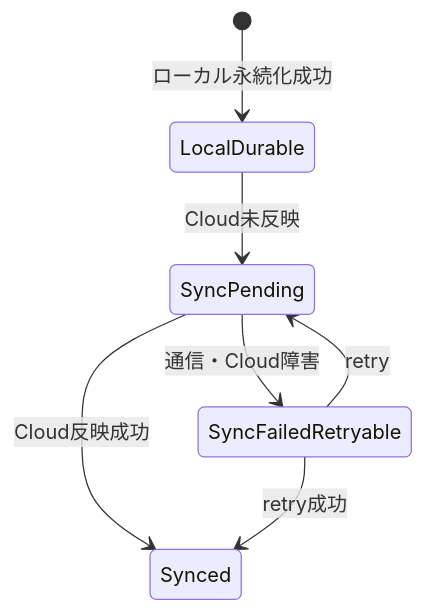
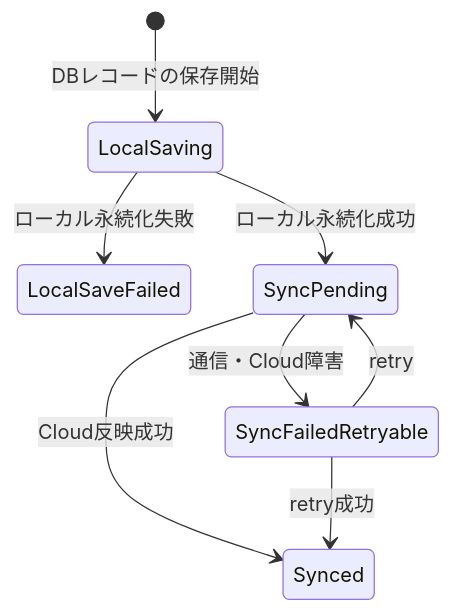
Before and after one commit to mgmaru/algo-loom: the fourth of 9 diagrams in database/turso-migration-compatibility-design.md, drawn with Mermaid. The commit also changed other lines of this file, not shown here.

Commit message:
docs: clarify persistence and sync states

````diff
--- a/database/turso-migration-compatibility-design.md
+++ b/database/turso-migration-compatibility-design.md
@@ -329,9 +355,10 @@
 ```mermaid
 stateDiagram-v2
-    [*] --> LocalDurable: ローカル永続化成功
-    LocalDurable --> SyncPending: Cloud未反映
+    [*] --> LocalSaving: DBレコードの保存開始
+    LocalSaving --> LocalSaveFailed: ローカル永続化失敗
+    LocalSaving --> SyncPending: ローカル永続化成功
     SyncPending --> Synced: Cloud反映成功
     SyncPending --> SyncFailedRetryable: 通信・Cloud障害
     SyncFailedRetryable --> SyncPending: retry
     SyncFailedRetryable --> Synced: retry成功
 ```
````
